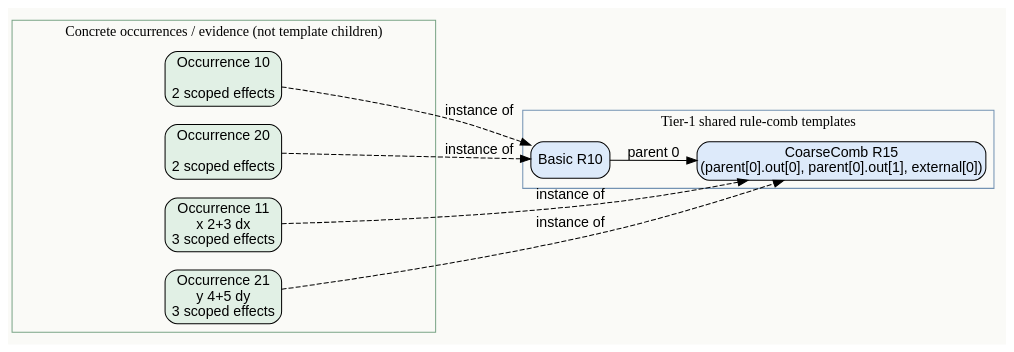
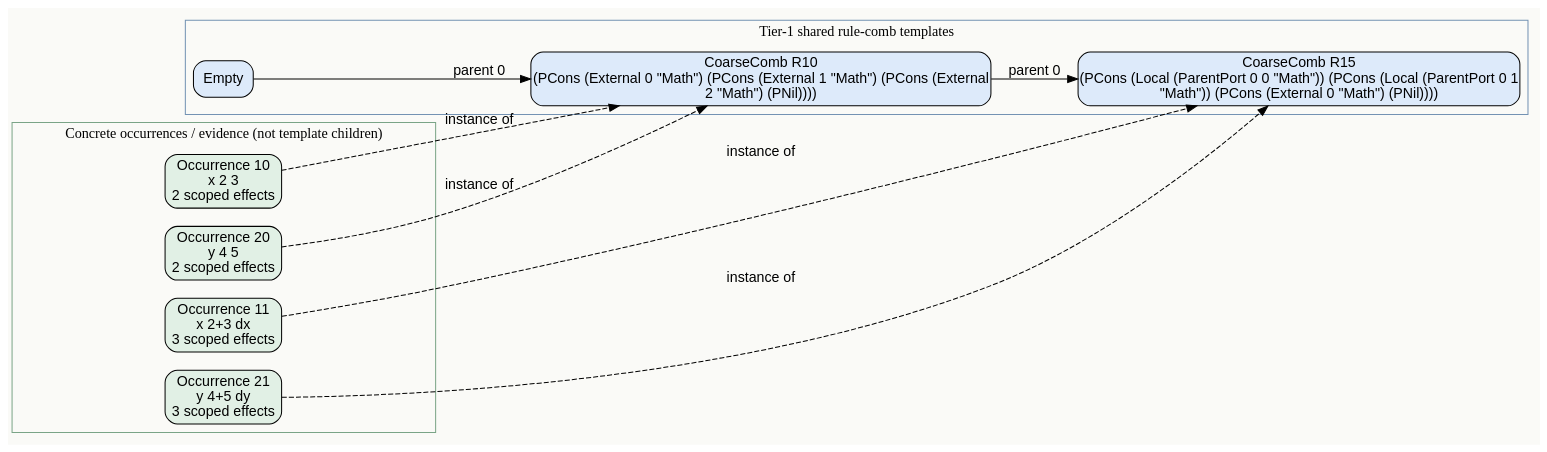
The diagram in experiments/tier1_effects/shared_templates.dot (MilkBlock/fractal_egraph), drawn with Graphviz before and after one commit. The commit also changed 18 other files, not shown here.

```diff
--- a/experiments/tier1_effects/shared_templates.dot
+++ b/experiments/tier1_effects/shared_templates.dot
@@ -1,18 +1,20 @@
 digraph G {
 graph [rankdir=LR,bgcolor="#fafaf7"];node [shape=box,style="rounded,filled",fontname="Arial"];edge [fontname="Arial"];
 subgraph cluster_templates {label="Tier-1 shared rule-comb templates";color="#7392b3";
-"Comb-1" [label="Basic R10",fillcolor="#ddeafa"];
-"Comb-14" [label="CoarseComb R15\n(parent[0].out[0], parent[0].out[1], external[0])",fillcolor="#ddeafa"];
-"Comb-1" -> "Comb-14" [label="parent 0"];
+"Comb-0" [label="Empty ",fillcolor="#ddeafa"];
+"Comb-11" [label="CoarseComb R10\n(PCons (External 0 \"Math\") (PCons (External 1 \"Math\") (PCons (External\n2 \"Math\") (PNil))))",fillcolor="#ddeafa"];
+"Comb-0" -> "Comb-11" [label="parent 0"];
+"Comb-21" [label="CoarseComb R15\n(PCons (Local (ParentPort 0 0 \"Math\")) (PCons (Local (ParentPort 0 1\n\"Math\")) (PCons (External 0 \"Math\") (PNil))))",fillcolor="#ddeafa"];
+"Comb-11" -> "Comb-21" [label="parent 0"];
 }
 subgraph cluster_instances {label="Concrete occurrences / evidence (not template children)";color="#7aa487";
-"Instance-15" [label="Occurrence 10\n\n2 scoped effects",fillcolor="#e1f0e5"];
-"Instance-16" [label="Occurrence 20\n\n2 scoped effects",fillcolor="#e1f0e5"];
-"Instance-17" [label="Occurrence 11\nx 2+3 dx \n3 scoped effects",fillcolor="#e1f0e5"];
-"Instance-18" [label="Occurrence 21\ny 4+5 dy \n3 scoped effects",fillcolor="#e1f0e5"];
+"Instance-22" [label="Occurrence 10\nx 2 3 \n2 scoped effects",fillcolor="#e1f0e5"];
+"Instance-23" [label="Occurrence 20\ny 4 5 \n2 scoped effects",fillcolor="#e1f0e5"];
+"Instance-24" [label="Occurrence 11\nx 2+3 dx \n3 scoped effects",fillcolor="#e1f0e5"];
+"Instance-25" [label="Occurrence 21\ny 4+5 dy \n3 scoped effects",fillcolor="#e1f0e5"];
 }
-"Instance-15" -> "Comb-1" [style=dashed,label="instance of"];
-"Instance-16" -> "Comb-1" [style=dashed,label="instance of"];
-"Instance-17" -> "Comb-14" [style=dashed,label="instance of"];
-"Instance-18" -> "Comb-14" [style=dashed,label="instance of"];
+"Instance-22" -> "Comb-11" [style=dashed,label="instance of"];
+"Instance-23" -> "Comb-11" [style=dashed,label="instance of"];
+"Instance-24" -> "Comb-21" [style=dashed,label="instance of"];
+"Instance-25" -> "Comb-21" [style=dashed,label="instance of"];
 }
```
